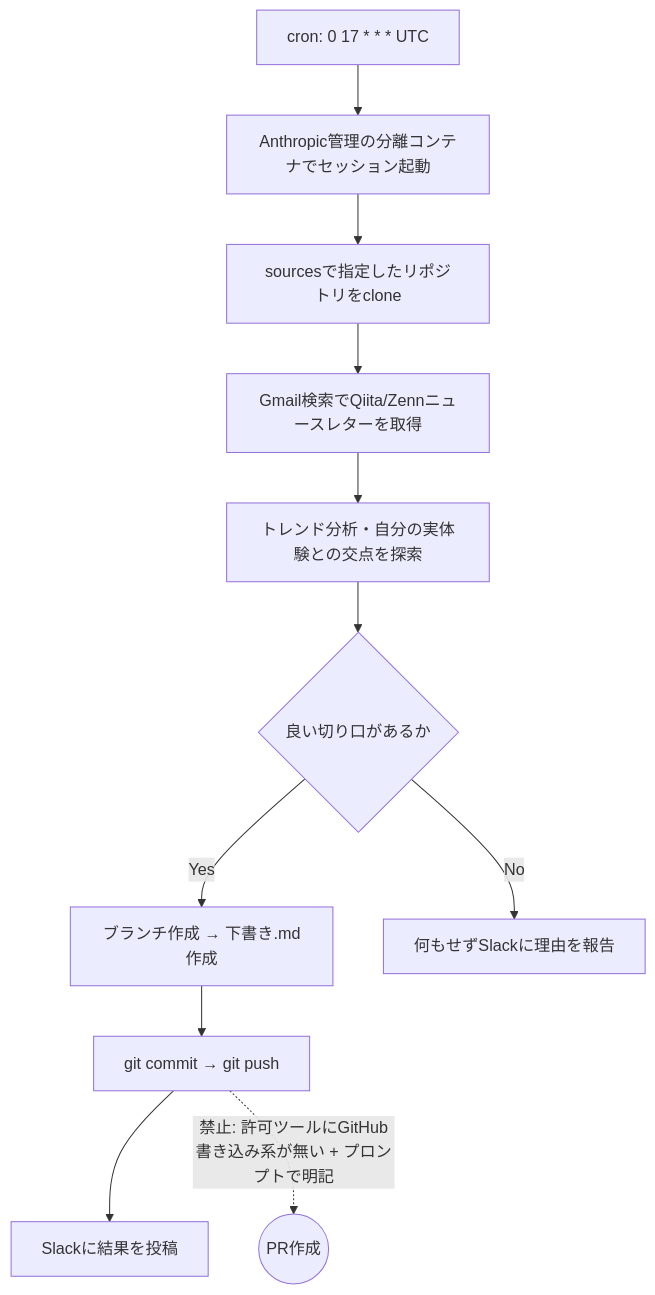
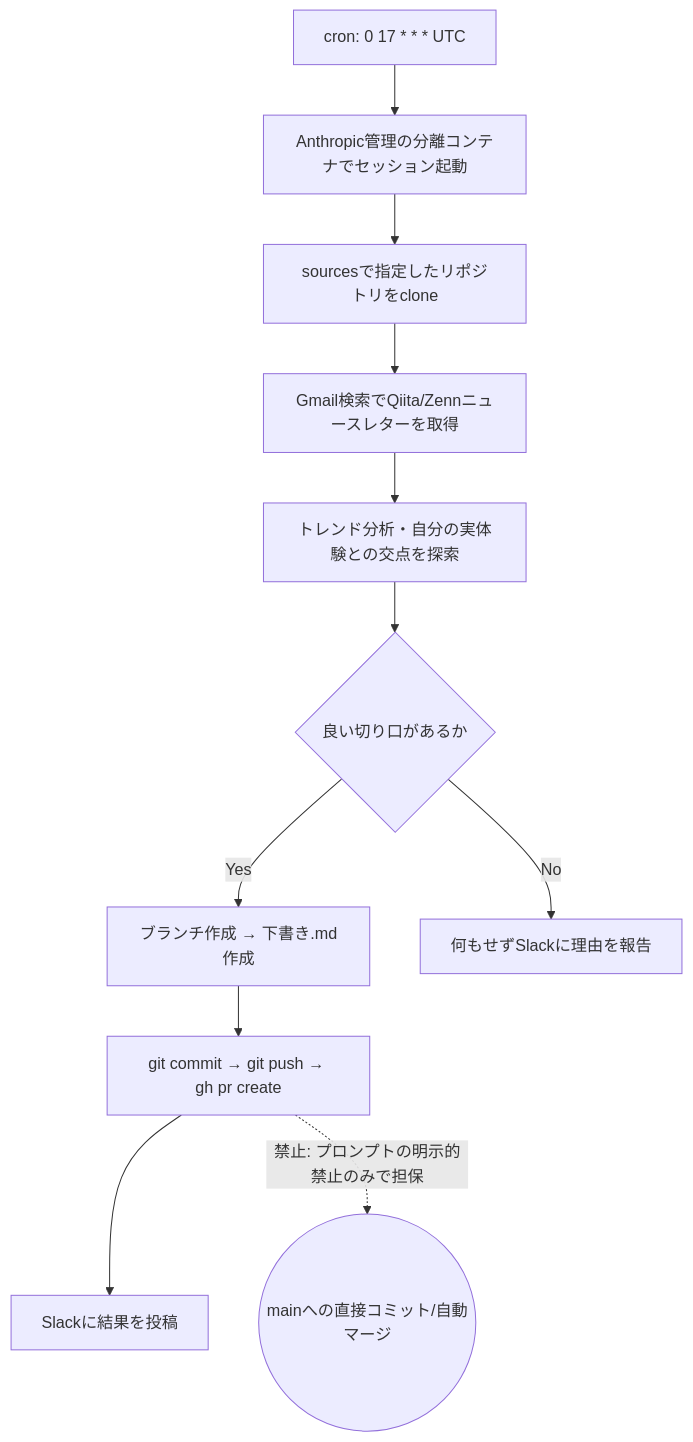
The diagram in articles/claude-code-routine-unattended-followup.md (geeknow112/zenn-devex12), drawn with Mermaid before and after one commit. The commit also changed other lines of this file, not shown here.

````diff
--- a/articles/claude-code-routine-unattended-followup.md
+++ b/articles/claude-code-routine-unattended-followup.md
@@ -38,13 +38,13 @@
 ```mermaid
 flowchart TD
     A[cron: 0 17 * * * UTC] --> B[Anthropic管理の分離コンテナでセッション起動]
     B --> C[sourcesで指定したリポジトリをclone]
     C --> D[Gmail検索でQiita/Zennニュースレターを取得]
     D --> E[トレンド分析・自分の実体験との交点を探索]
     E --> F{良い切り口があるか}
     F -->|Yes| G[ブランチ作成 → 下書き.md作成]
     F -->|No| H[何もせずSlackに理由を報告]
-    G --> I[git commit → git push]
+    G --> I[git commit → git push → gh pr create]
     I --> J[Slackに結果を投稿]
-    I -.->|禁止: 許可ツールにGitHub書き込み系が無い + プロンプトで明記| K((PR作成))
+    I -.->|禁止: プロンプトの明示的禁止のみで担保| K((mainへの直接コミット/自動マージ))
 ```
````
